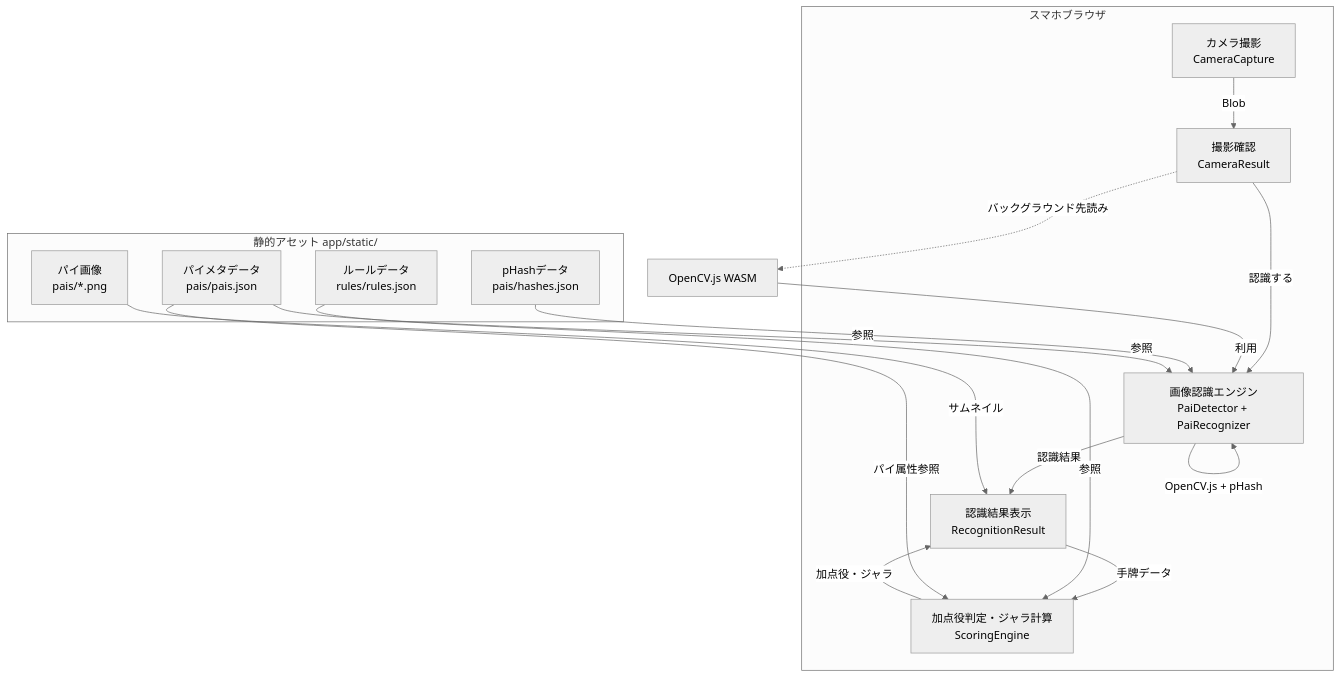
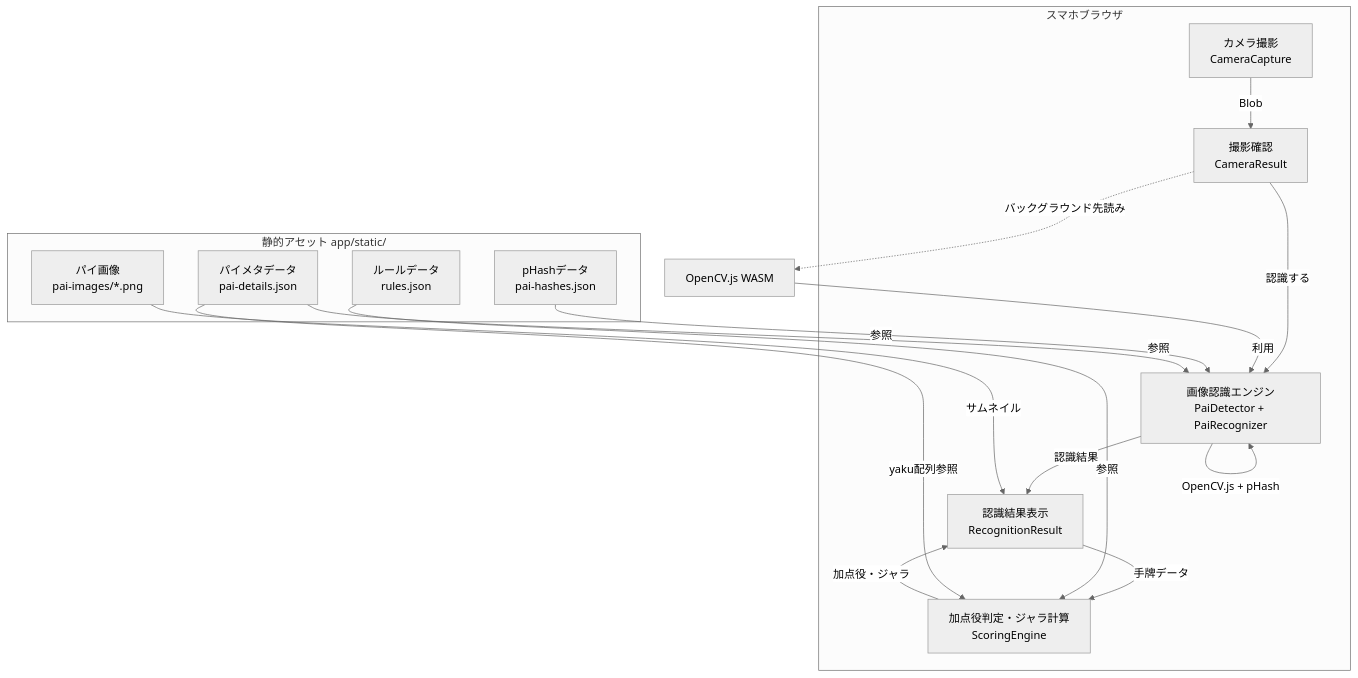
The first of 2 diagrams in docs/design/pie-recognition/architecture.md (shokkunrf/nanjara), drawn with Mermaid (neutral theme) before and after one commit. The commit also changed other lines of this file and 21 other files, not shown here.

````diff
--- a/docs/design/pie-recognition/architecture.md
+++ b/docs/design/pie-recognition/architecture.md
@@ -117,31 +132,31 @@
 ```mermaid
 graph TB
     subgraph Browser[スマホブラウザ]
         Camera[カメラ撮影<br>CameraCapture]
         Preview[撮影確認<br>CameraResult]
         Recognizer[画像認識エンジン<br>PaiDetector + PaiRecognizer]
         Result[認識結果表示<br>RecognitionResult]
         Scorer[加点役判定・ジャラ計算<br>ScoringEngine]
     end
 
     subgraph Static[静的アセット app/static/]
-        PaiImages[パイ画像<br>pais/*.png]
-        PaiMeta[パイメタデータ<br>pais/pais.json]
-        HashData[pHashデータ<br>pais/hashes.json]
-        RuleData[ルールデータ<br>rules/rules.json]
+        PaiImages[パイ画像<br>pai-images/*.png]
+        PaiMeta[パイメタデータ<br>pai-details.json]
+        HashData[pHashデータ<br>pai-hashes.json]
+        RuleData[ルールデータ<br>rules.json]
     end
 
     Camera -->|Blob| Preview
     Preview -->|"認識する"| Recognizer
     Preview -.->|バックグラウンド先読み| OpenCVWasm[OpenCV.js WASM]
     OpenCVWasm -->|利用| Recognizer
     Recognizer -->|OpenCV.js + pHash| Recognizer
     HashData -->|参照| Recognizer
     PaiMeta -->|参照| Recognizer
     Recognizer -->|認識結果| Result
     Result -->|手牌データ| Scorer
     RuleData -->|参照| Scorer
-    PaiMeta -->|パイ属性参照| Scorer
+    PaiMeta -->|yaku配列参照| Scorer
     Scorer -->|加点役・ジャラ| Result
     PaiImages -->|サムネイル| Result
 ```
````
